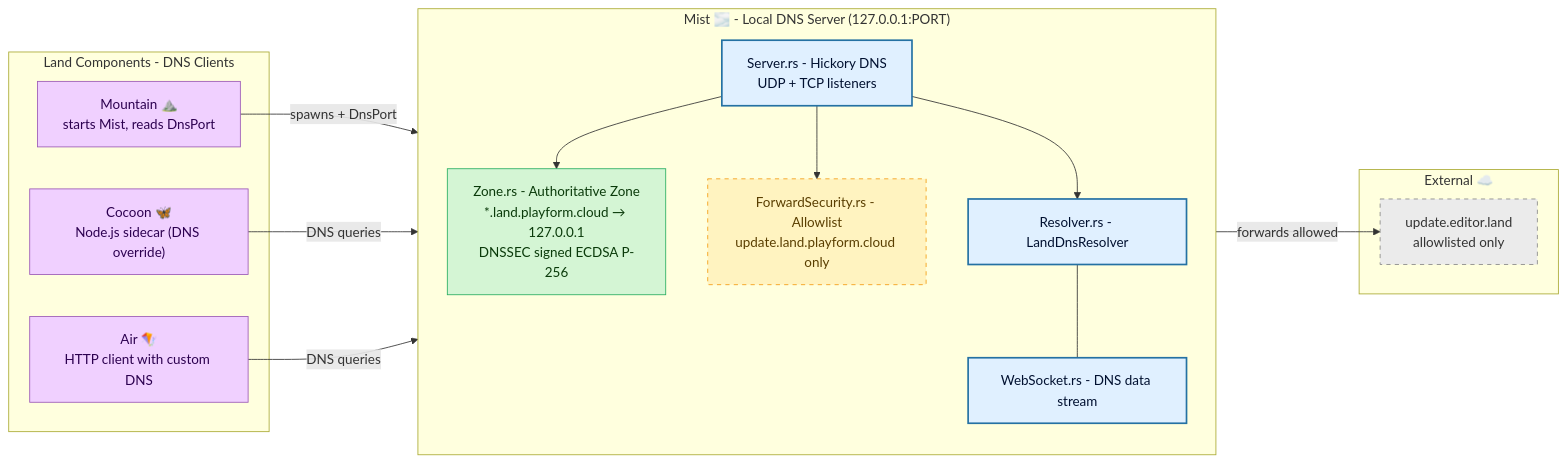
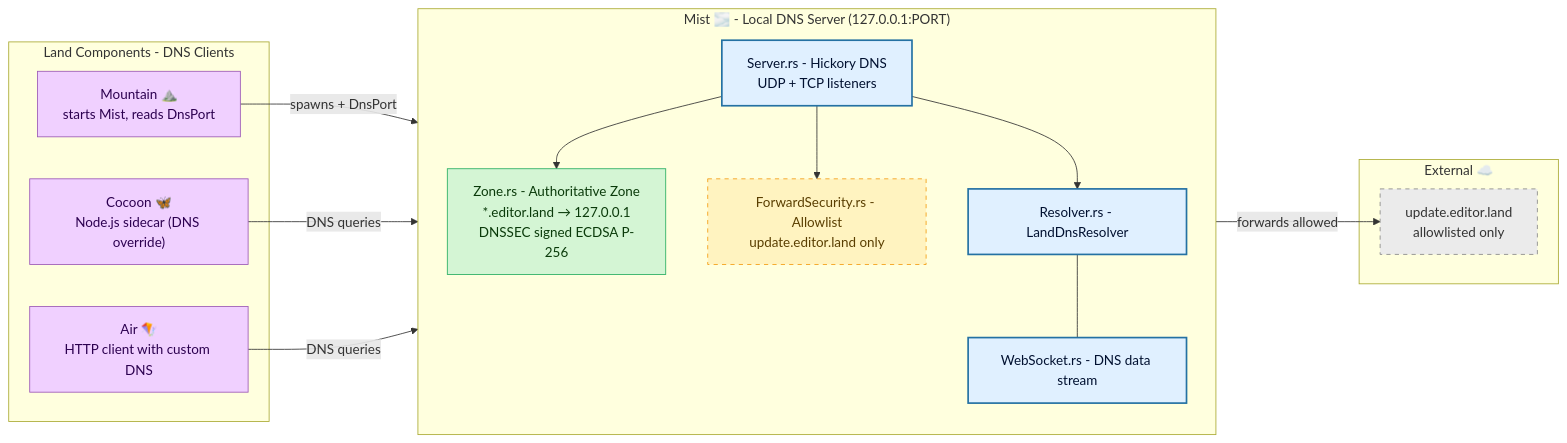
One commit to CodeEditorLand/Mist changed the diagram in README.md. Above: the diagram before and after it, drawn with Mermaid. The commit also changed other lines of this file and 8 other files, not shown here.

````diff
--- a/README.md
+++ b/README.md
@@ -110,37 +110,37 @@
 ```mermaid
 graph LR
     classDef mist     fill:#e0f0ff,stroke:#2471a3,stroke-width:2px,color:#001030;
     classDef zone     fill:#d4f5d4,stroke:#27ae60,stroke-width:1px,color:#0a3a0a;
     classDef forward  fill:#fff3c0,stroke:#f39c12,stroke-width:1px,stroke-dasharray:5 5,color:#5a3e00;
     classDef consumer fill:#f0d0ff,stroke:#9b59b6,stroke-width:1px,color:#2c0050;
     classDef external fill:#ebebeb,stroke:#888,stroke-width:1px,stroke-dasharray:5 5,color:#333;
 
     subgraph CONSUMERS["Land Components - DNS Clients"]
         Mountain["Mountain ⛰️\nstarts Mist, reads DnsPort"]:::consumer
         Cocoon["Cocoon 🦋\nNode.js sidecar (DNS override)"]:::consumer
         Air["Air 🪁\nHTTP client with custom DNS"]:::consumer
     end
 
     subgraph MIST["Mist 🌫️ - Local DNS Server (127.0.0.1:PORT)"]
         direction TB
         Server["Server.rs - Hickory DNS\nUDP + TCP listeners"]:::mist
-        Zone["Zone.rs - Authoritative Zone\n*.land.playform.cloud → 127.0.0.1\nDNSSEC signed ECDSA P-256"]:::zone
-        Forward["ForwardSecurity.rs - Allowlist\nupdate.land.playform.cloud only"]:::forward
+        Zone["Zone.rs - Authoritative Zone\n*.editor.land → 127.0.0.1\nDNSSEC signed ECDSA P-256"]:::zone
+        Forward["ForwardSecurity.rs - Allowlist\nupdate.editor.land only"]:::forward
         Resolver["Resolver.rs - LandDnsResolver"]:::mist
         WSTransport["WebSocket.rs - DNS data stream"]:::mist
 
         Server --> Zone
         Server --> Forward
         Server --> Resolver
         Resolver --- WSTransport
     end
 
     subgraph INTERNET["External ☁️"]
         UpdateServer["update.editor.land\nallowlisted only"]:::external
     end
 
     Mountain -- spawns + DnsPort --> Server
     Cocoon -- DNS queries --> Server
     Air -- DNS queries --> Resolver
     Forward -- forwards allowed --> UpdateServer
 ```
````
